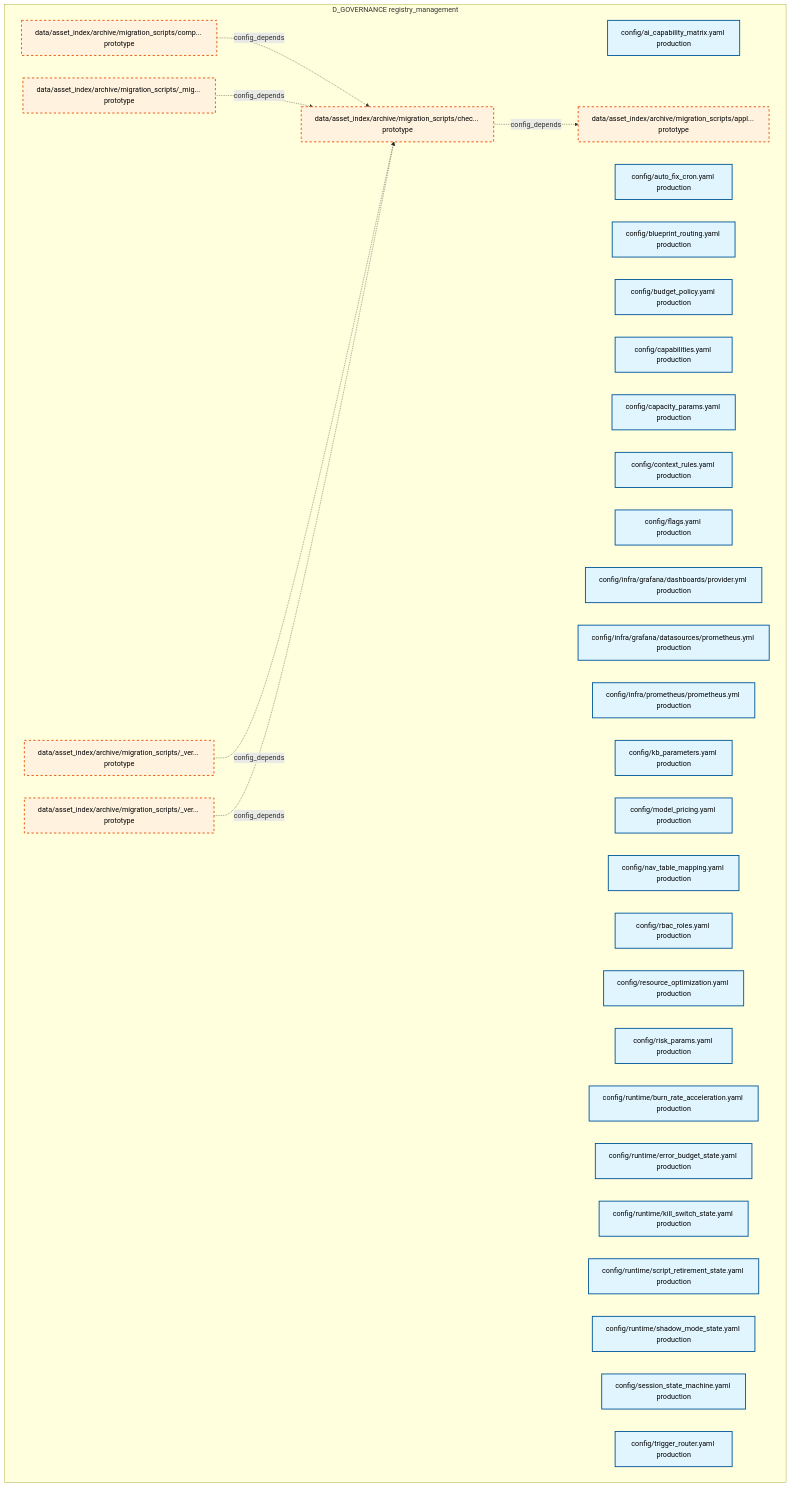
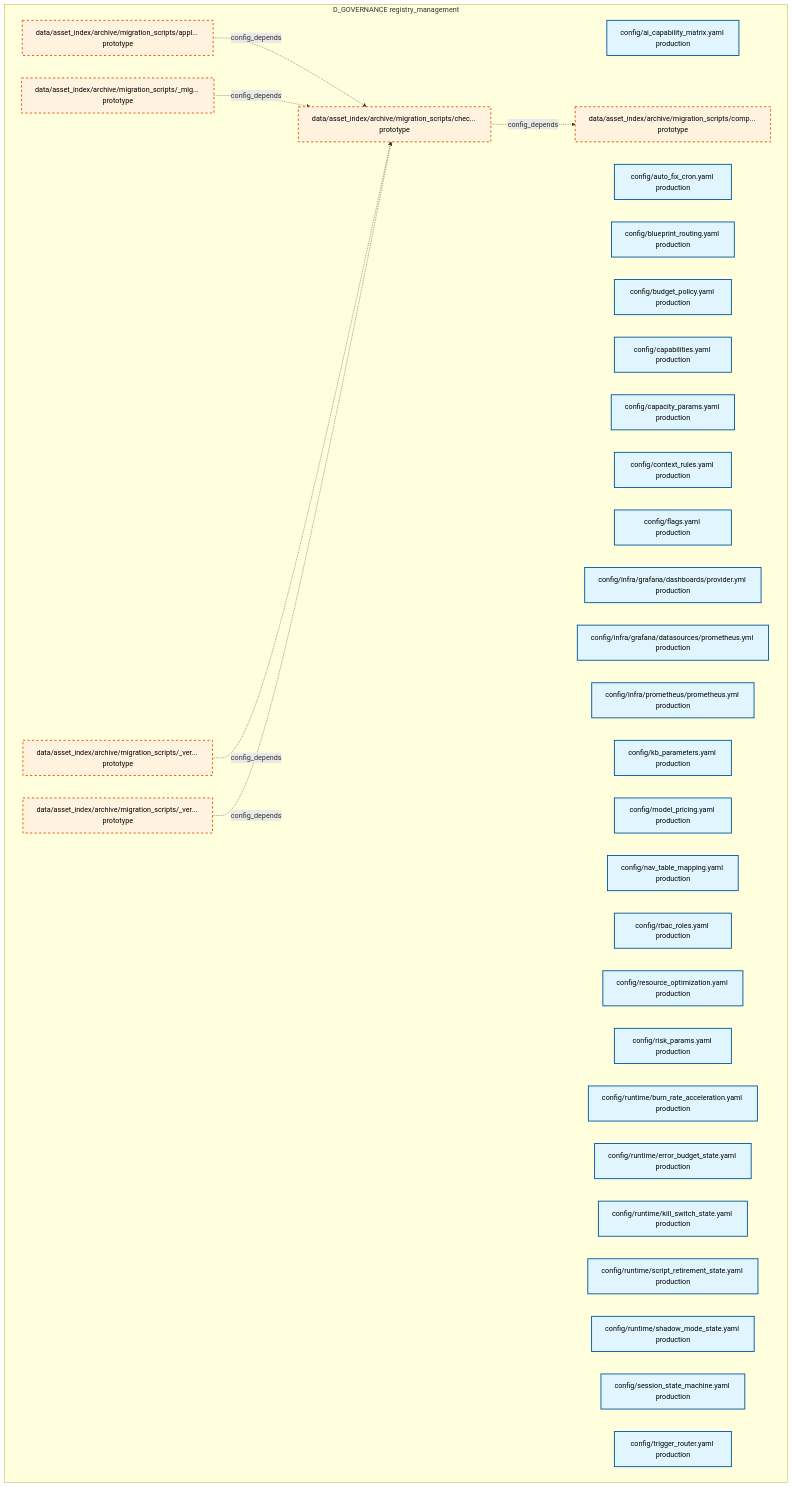
Before and after one commit to xuanFelixVan/ZephyrAlpha: the first of 29 diagrams in docs/02_enterprise_architecture/02_domain_architecture_docs/31_d_governance.md, drawn with Mermaid. The commit also changed other lines of this file and 99 other files, not shown here.

````diff
--- a/docs/02_enterprise_architecture/02_domain_architecture_docs/31_d_governance.md
+++ b/docs/02_enterprise_architecture/02_domain_architecture_docs/31_d_governance.md
@@ -49,46 +49,46 @@
 ```mermaid
 graph TD
     subgraph D_GOVERNANCE["D_GOVERNANCE registry_management"]
         config_ai_capability_matrix_yaml["config/ai_capability_matrix.yaml production"]
         config_auto_fix_cron_yaml["config/auto_fix_cron.yaml production"]
         config_blueprint_routing_yaml["config/blueprint_routing.yaml production"]
         config_budget_policy_yaml["config/budget_policy.yaml production"]
         config_capabilities_yaml["config/capabilities.yaml production"]
         config_capacity_params_yaml["config/capacity_params.yaml production"]
         config_context_rules_yaml["config/context_rules.yaml production"]
         config_flags_yaml["config/flags.yaml production"]
         config_infra_grafana_dashboards_provider_yml["config/infra/grafana/dashboards/provider.yml production"]
         config_infra_grafana_datasources_prometheus_yml["config/infra/grafana/datasources/prometheus.yml production"]
         config_infra_prometheus_prometheus_yml["config/infra/prometheus/prometheus.yml production"]
         config_kb_parameters_yaml["config/kb_parameters.yaml production"]
         config_model_pricing_yaml["config/model_pricing.yaml production"]
         config_nav_table_mapping_yaml["config/nav_table_mapping.yaml production"]
         config_rbac_roles_yaml["config/rbac_roles.yaml production"]
         config_resource_optimization_yaml["config/resource_optimization.yaml production"]
         config_risk_params_yaml["config/risk_params.yaml production"]
         config_runtime_burn_rate_acceleration_yaml["config/runtime/burn_rate_acceleration.yaml production"]
         config_runtime_error_budget_state_yaml["config/runtime/error_budget_state.yaml production"]
         config_runtime_kill_switch_state_yaml["config/runtime/kill_switch_state.yaml production"]
         config_runtime_script_retirement_state_yaml["config/runtime/script_retirement_state.yaml production"]
         config_runtime_shadow_mode_state_yaml["config/runtime/shadow_mode_state.yaml production"]
         config_session_state_machine_yaml["config/session_state_machine.yaml production"]
         config_trigger_router_yaml["config/trigger_router.yaml production"]
         data_asset_index_archive_migration_scripts_migration_shared_py["data/asset_index/archive/migration_scripts/_mig... prototype"]
         data_asset_index_archive_migration_scripts_verify_manifest_py["data/asset_index/archive/migration_scripts/_ver... prototype"]
         data_asset_index_archive_migration_scripts_verify_step4_py["data/asset_index/archive/migration_scripts/_ver... prototype"]
         data_asset_index_archive_migration_scripts_apply_rulings_py["data/asset_index/archive/migration_scripts/appl... prototype"]
         data_asset_index_archive_migration_scripts_check_coverage_py["data/asset_index/archive/migration_scripts/chec... prototype"]
         data_asset_index_archive_migration_scripts_comprehensive_import_fix_py["data/asset_index/archive/migration_scripts/comp... prototype"]
     end
-    data_asset_index_archive_migration_scripts_check_coverage_py -.->|config_depends| data_asset_index_archive_migration_scripts_apply_rulings_py
-    data_asset_index_archive_migration_scripts_comprehensive_import_fix_py -.->|config_depends| data_asset_index_archive_migration_scripts_check_coverage_py
+    data_asset_index_archive_migration_scripts_check_coverage_py -.->|config_depends| data_asset_index_archive_migration_scripts_comprehensive_import_fix_py
+    data_asset_index_archive_migration_scripts_apply_rulings_py -.->|config_depends| data_asset_index_archive_migration_scripts_check_coverage_py
     data_asset_index_archive_migration_scripts_migration_shared_py -.->|config_depends| data_asset_index_archive_migration_scripts_check_coverage_py
     data_asset_index_archive_migration_scripts_verify_manifest_py -.->|config_depends| data_asset_index_archive_migration_scripts_check_coverage_py
     data_asset_index_archive_migration_scripts_verify_step4_py -.->|config_depends| data_asset_index_archive_migration_scripts_check_coverage_py
     classDef production fill:#e1f5fe,stroke:#01579b,stroke-width:2px,color:#000
     classDef design fill:#fff3e0,stroke:#e65100,stroke-width:2px,color:#000,stroke-dasharray: 5 5
     classDef external_prod fill:#e8f5e9,stroke:#1b5e20,stroke-width:1px,color:#000
     classDef external_design fill:#fce4ec,stroke:#880e4f,stroke-width:1px,color:#000,stroke-dasharray: 5 5
     class config_ai_capability_matrix_yaml,config_auto_fix_cron_yaml,config_blueprint_routing_yaml,config_budget_policy_yaml,config_capabilities_yaml,config_capacity_params_yaml,config_context_rules_yaml,config_flags_yaml,config_infra_grafana_dashboards_provider_yml,config_infra_grafana_datasources_prometheus_yml,config_infra_prometheus_prometheus_yml,config_kb_parameters_yaml,config_model_pricing_yaml,config_nav_table_mapping_yaml,config_rbac_roles_yaml,config_resource_optimization_yaml,config_risk_params_yaml,config_runtime_burn_rate_acceleration_yaml,config_runtime_error_budget_state_yaml,config_runtime_kill_switch_state_yaml,config_runtime_script_retirement_state_yaml,config_runtime_shadow_mode_state_yaml,config_session_state_machine_yaml,config_trigger_router_yaml production
     class data_asset_index_archive_migration_scripts_migration_shared_py,data_asset_index_archive_migration_scripts_verify_manifest_py,data_asset_index_archive_migration_scripts_verify_step4_py,data_asset_index_archive_migration_scripts_apply_rulings_py,data_asset_index_archive_migration_scripts_check_coverage_py,data_asset_index_archive_migration_scripts_comprehensive_import_fix_py design
 ```
````
